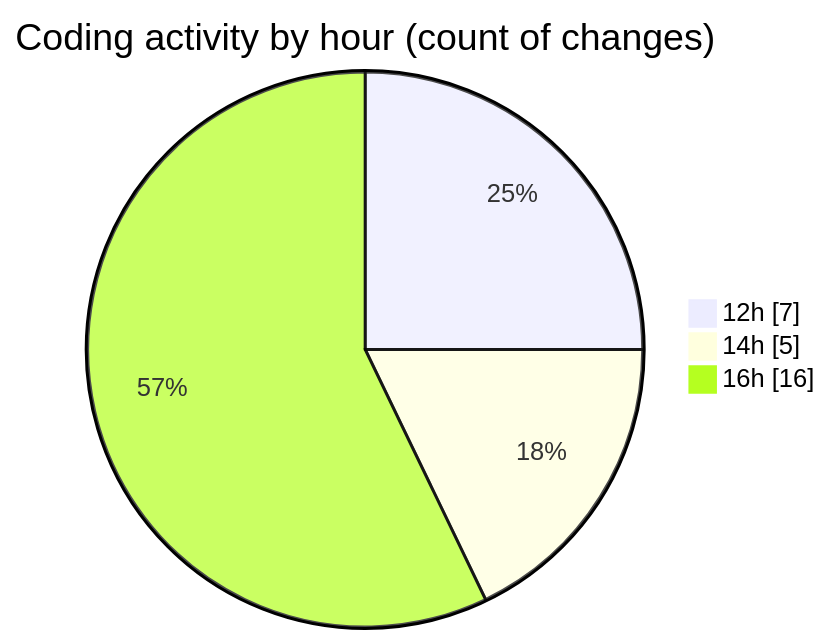
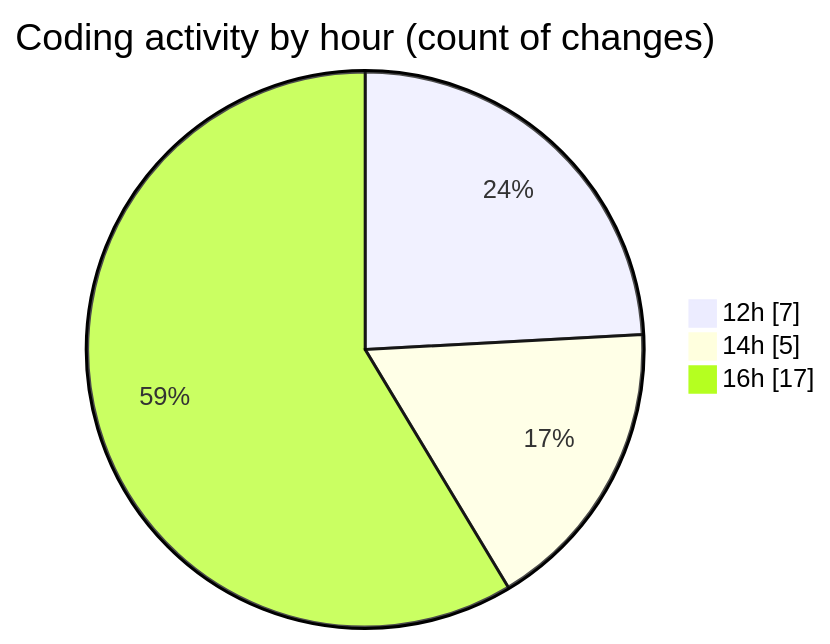
One commit to julien-gomy/code-tracking changed the second of 2 diagrams in 2025-10-06/eventscop-frontend-guide__workspace_/README.md. Above: the diagram before and after it, drawn with Mermaid. The commit also changed other lines of this file and 1 other file, not shown here.

````diff
--- a/2025-10-06/eventscop-frontend-guide__workspace_/README.md
+++ b/2025-10-06/eventscop-frontend-guide__workspace_/README.md
@@ -40,7 +41,7 @@
 ```mermaid
 pie showData
 title Coding activity by hour (count of changes)
 "12h" : 7
 "14h" : 5
-"16h" : 16
+"16h" : 17
 ```
````
